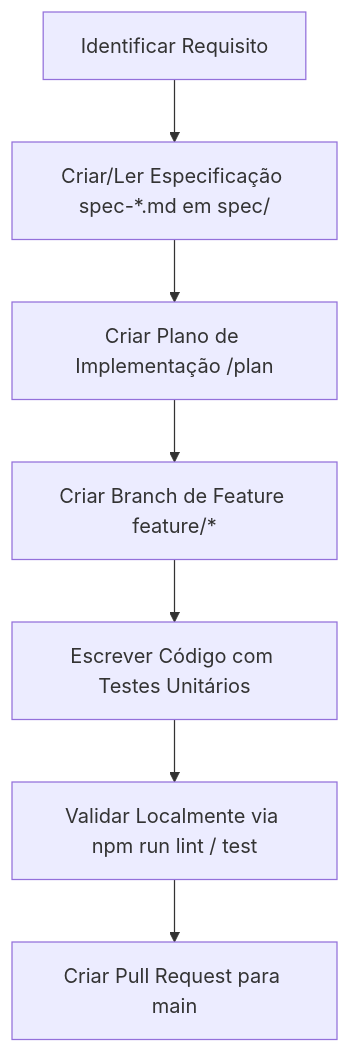
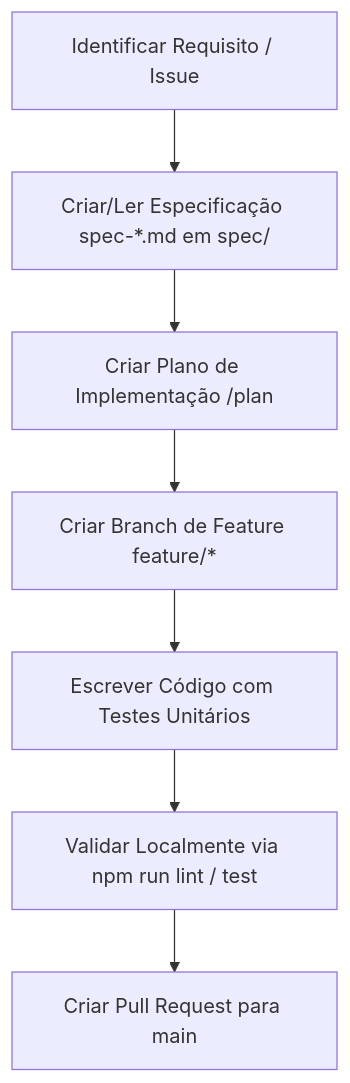
Before and after one commit to carlosrgomes/lab-antigrafity-workflow: the diagram in GEMINI.md, drawn with Mermaid. The commit also changed other lines of this file, not shown here.

Commit message:
docs: add GitHub Issues integration flow to GEMINI.md

````diff
--- a/GEMINI.md
+++ b/GEMINI.md
@@ -32,9 +32,9 @@
 ```mermaid
 graph TD
-    A[Identificar Requisito] --> B[Criar/Ler Especificação spec-*.md em spec/]
+    A[Identificar Requisito / Issue] --> B[Criar/Ler Especificação spec-*.md em spec/]
     B --> C[Criar Plano de Implementação /plan]
     C --> D[Criar Branch de Feature feature/*]
     D --> E[Escrever Código com Testes Unitários]
     E --> F[Validar Localmente via npm run lint / test]
     F --> G[Criar Pull Request para main]
 ```
````
